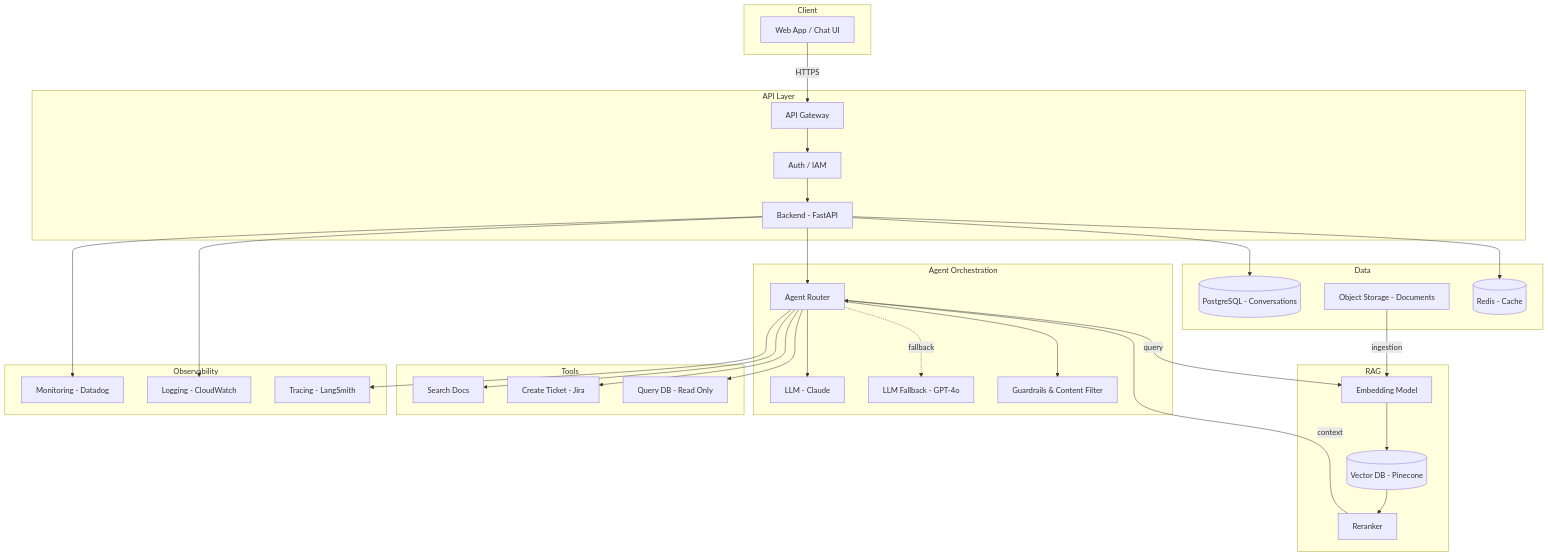
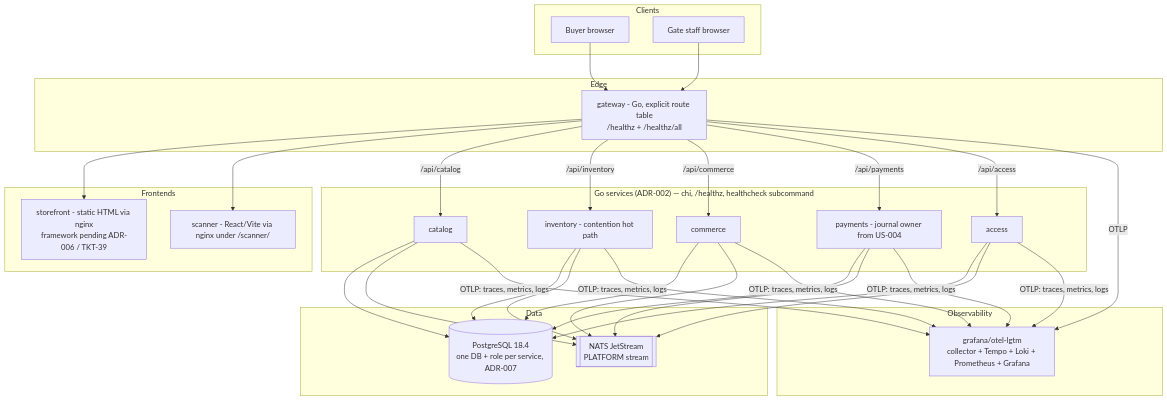
Before and after one commit to mathd/ticketing_system: the diagram in docs/architecture.md, drawn with Mermaid. The commit also changed other lines of this file and 11 other files, not shown here.

Commit message:
docs: ADR-007, conventions, architecture, scaffold docs rewrite; selftest installs own node_modules

````diff
--- a/docs/architecture.md
+++ b/docs/architecture.md
@@ -20,64 +8,48 @@
 ```mermaid
 flowchart TB
-    subgraph Client
-        UI[Web App / Chat UI]
+    subgraph Clients
+        BUYER[Buyer browser]
+        STAFF[Gate staff browser]
     end
 
-    subgraph API Layer
-        GW[API Gateway]
-        Auth[Auth / IAM]
-        BE[Backend - FastAPI]
+    subgraph Edge
+        GW[gateway - Go, explicit route table<br/>/healthz + /healthz/all]
     end
 
-    subgraph Agent Orchestration
-        AO[Agent Router]
-        LLM[LLM - Claude]
-        LLM_FB[LLM Fallback - GPT-4o]
-        GR[Guardrails & Content Filter]
+    subgraph Frontends
+        SF[storefront - static HTML via nginx<br/>framework pending ADR-006 / TKT-39]
+        SC[scanner - React/Vite via nginx under /scanner/]
     end
 
-    subgraph RAG
-        EMB[Embedding Model]
-        VDB[(Vector DB - Pinecone)]
-        RR[Reranker]
-    end
-
-    subgraph Tools
-        T1[Search Docs]
-        T2[Create Ticket - Jira]
-        T3[Query DB - Read Only]
+    subgraph Services["Go services (ADR-002) — chi, /healthz, healthcheck subcommand"]
+        CAT[catalog]
+        INV[inventory - contention hot path]
+        COM[commerce]
+        PAY[payments - journal owner from US-004]
+        ACC[access]
     end
 
     subgraph Data
-        DB[(PostgreSQL - Conversations)]
-        S3[Object Storage - Documents]
-        Cache[(Redis - Cache)]
+        PG[(PostgreSQL 18.4<br/>one DB + role per service, ADR-007)]
+        NATS[[NATS JetStream<br/>PLATFORM stream]]
     end
 
     subgraph Observability
-        MON[Monitoring - Datadog]
-        LOG[Logging - CloudWatch]
-        TRACE[Tracing - LangSmith]
+        LGTM[grafana/otel-lgtm<br/>collector + Tempo + Loki + Prometheus + Grafana]
     end
 
-    UI -->|HTTPS| GW
-    GW --> Auth
-    Auth --> BE
-    BE --> AO
-    AO --> LLM
-    AO -.->|fallback| LLM_FB
-    AO --> GR
-    AO --> T1 & T2 & T3
+    BUYER --> GW
+    STAFF --> GW
+    GW --> SF
+    GW --> SC
+    GW -->|/api/catalog| CAT
+    GW -->|/api/inventory| INV
+    GW -->|/api/commerce| COM
+    GW -->|/api/payments| PAY
+    GW -->|/api/access| ACC
 
-    AO -->|query| EMB
-    EMB --> VDB
-    VDB --> RR
-    RR -->|context| AO
-
-    BE --> DB
-    BE --> Cache
-    S3 -->|ingestion| EMB
-
-    BE --> MON & LOG
-    AO --> TRACE
+    CAT & INV & COM & PAY & ACC --> PG
+    CAT & INV & COM & PAY & ACC --> NATS
+    CAT & INV & COM & PAY & ACC -->|OTLP: traces, metrics, logs| LGTM
+    GW -->|OTLP| LGTM
 ```
````
